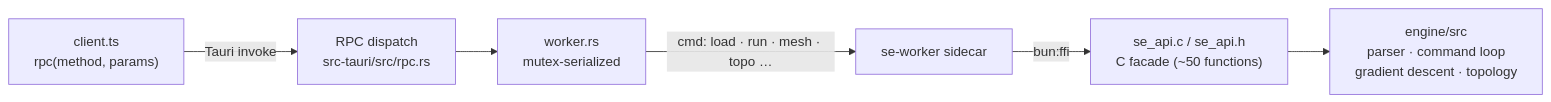
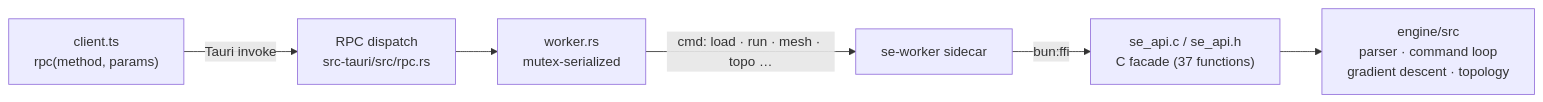
One commit to sersergious/surface-evolver changed the second of 2 diagrams in README.md. Above: the diagram before and after it, drawn with Mermaid. The commit also changed other lines of this file and 6 other files, not shown here.

````diff
--- a/README.md
+++ b/README.md
@@ -62,8 +62,8 @@
 ```mermaid
 flowchart LR
     View["client.ts<br/>rpc(method, params)"] -->|"Tauri invoke"| RPC["RPC dispatch<br/>src-tauri/src/rpc.rs"]
     RPC --> Mgr["worker.rs<br/>mutex-serialized"]
     Mgr -->|"cmd: load · run · mesh · topo …"| Worker["se-worker sidecar"]
-    Worker -->|"bun:ffi"| Facade["se_api.c / se_api.h<br/>C facade (~50 functions)"]
+    Worker -->|"bun:ffi"| Facade["se_api.c / se_api.h<br/>C facade (37 functions)"]
     Facade --> Core["engine/src<br/>parser · command loop<br/>gradient descent · topology"]
 ```
````
